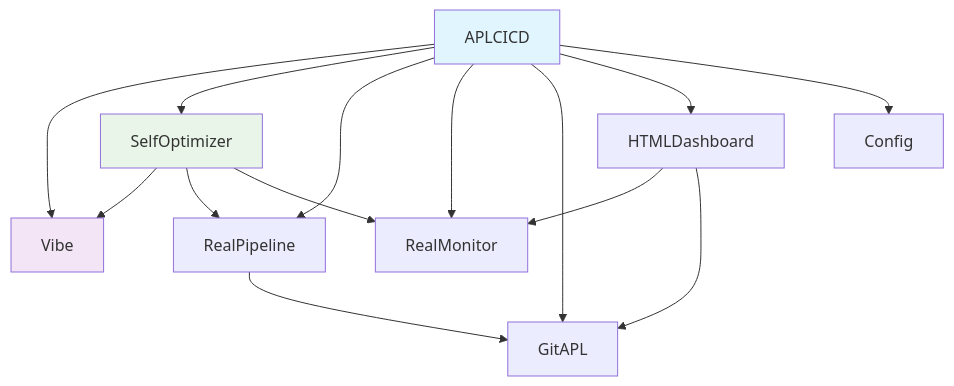
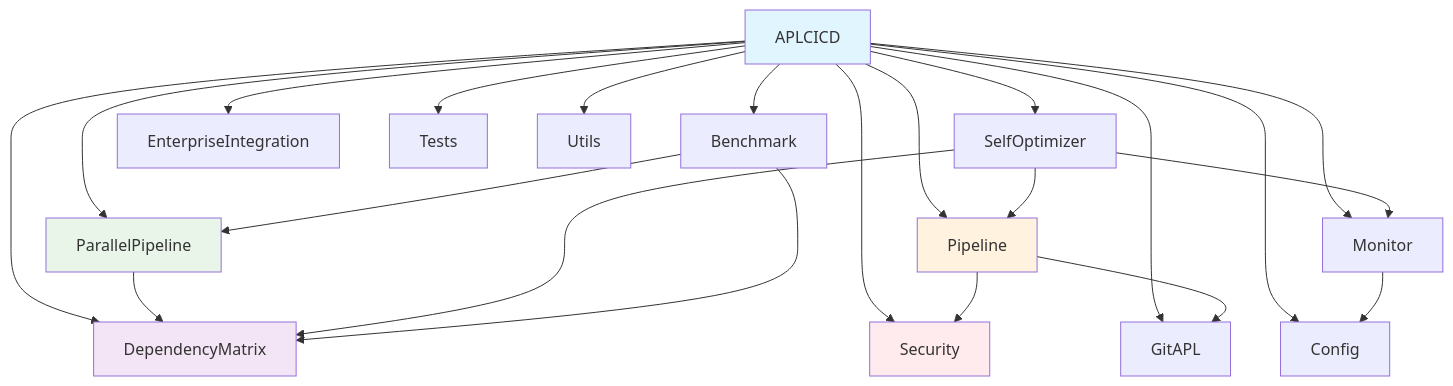
The diagram in docs/ARCHITECTURE.md (jcfield-boop/aplipeline), drawn with Mermaid before and after one commit. The commit also changed other lines of this file and 32 other files, not shown here.

````diff
--- a/docs/ARCHITECTURE.md
+++ b/docs/ARCHITECTURE.md
@@ -178,21 +242,31 @@
 ```mermaid
 graph TD
-    A[APLCICD] --> B[Vibe]
-    A --> C[SelfOptimizer]
-    A --> D[RealPipeline]
-    A --> E[RealMonitor]
-    A --> F[GitAPL]
-    A --> G[HTMLDashboard]
+    A[APLCICD] --> B[DependencyMatrix]
+    A --> C[ParallelPipeline]
+    A --> D[Pipeline]
+    A --> E[Monitor]
+    A --> F[Security]
+    A --> G[Benchmark]
     A --> H[Config]
+    A --> I[GitAPL]
+    A --> J[SelfOptimizer]
+    A --> K[EnterpriseIntegration]
+    A --> L[Tests]
+    A --> M[Utils]
     
     D --> F
+    D --> I
     C --> B
-    C --> D
-    C --> E
-    G --> E
-    G --> F
+    J --> B
+    J --> D
+    J --> E
+    E --> H
+    G --> B
+    G --> C
     
     style A fill:#e1f5fe
     style B fill:#f3e5f5
     style C fill:#e8f5e8
+    style D fill:#fff3e0
+    style F fill:#ffebee
 ```
````
